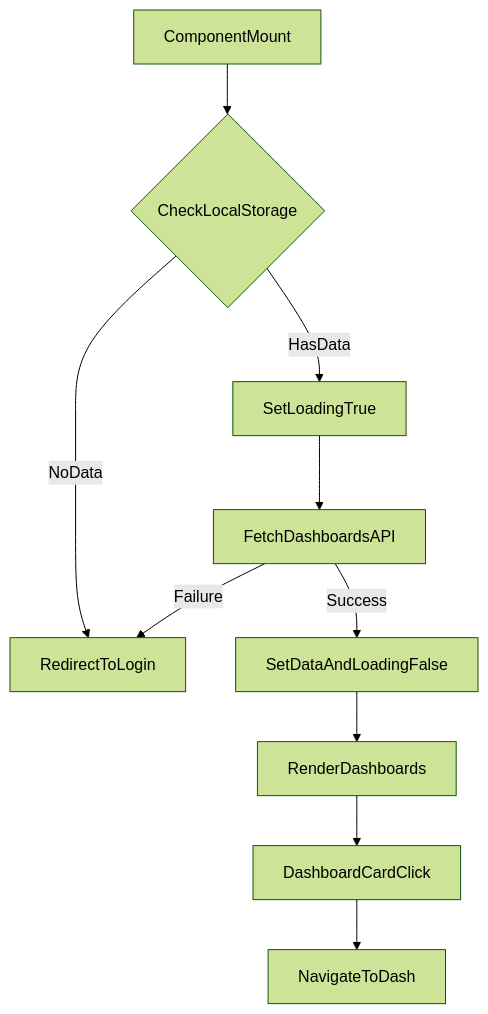
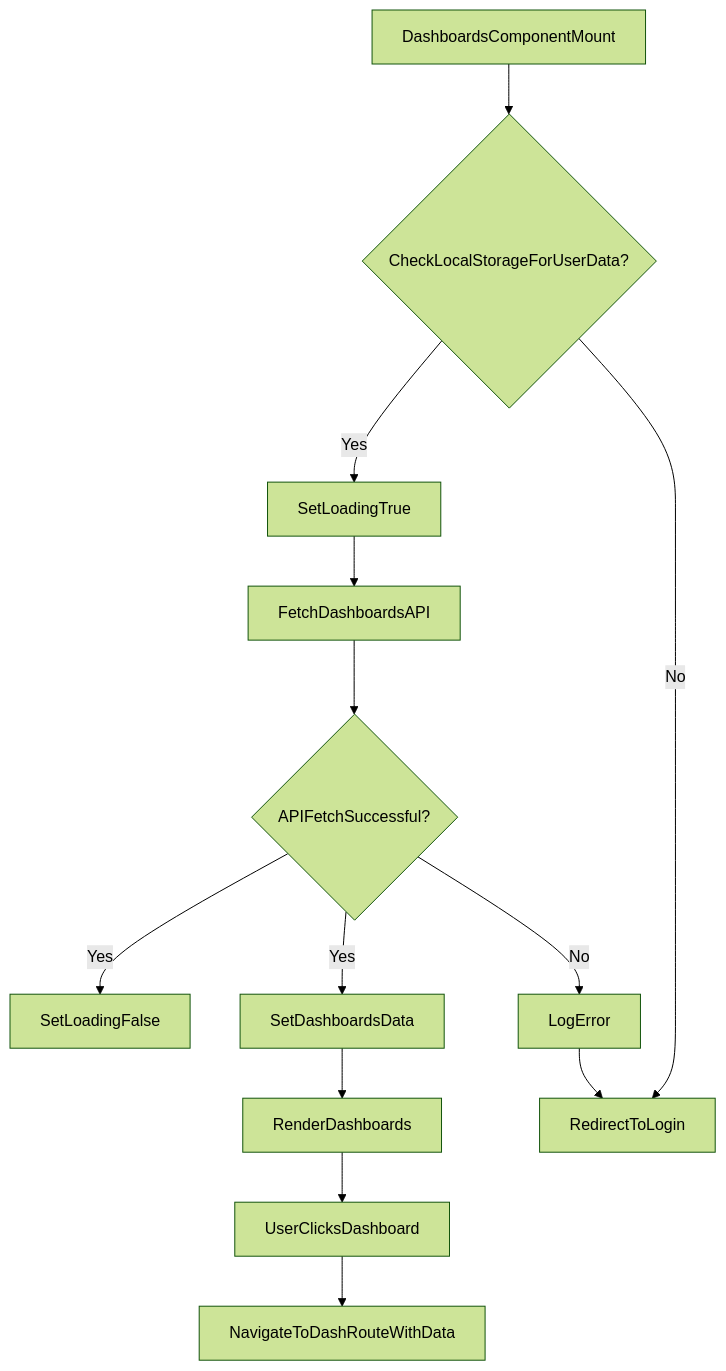
Before and after one commit to test-company-prowiz/maxify_frontend: the diagram in docs/src/Pages/Dashboards.jsx.md, drawn with Mermaid (forest theme). The commit also changed other lines of this file and 2 other files, not shown here.

````diff
--- a/docs/src/Pages/Dashboards.jsx.md
+++ b/docs/src/Pages/Dashboards.jsx.md
@@ -60,12 +70,15 @@
 ```mermaid
 graph TD
-A[ComponentMount] --> B{CheckLocalStorage}
-B -->|NoData| C[RedirectToLogin]
-B -->|HasData| D[SetLoadingTrue]
-D --> E[FetchDashboardsAPI]
-E -->|Success| F[SetDataAndLoadingFalse]
-E -->|Failure| C
-F --> G[RenderDashboards]
-G --> H[DashboardCardClick]
-H --> I[NavigateToDash]
+A[DashboardsComponentMount] --> B{CheckLocalStorageForUserData?};
+B -- Yes --> C[SetLoadingTrue];
+B -- No --> D[RedirectToLogin];
+C --> E[FetchDashboardsAPI];
+E --> F{APIFetchSuccessful?};
+F -- Yes --> G[SetLoadingFalse];
+F -- Yes --> H[SetDashboardsData];
+F -- No --> I[LogError];
+I --> D;
+H --> J[RenderDashboards];
+J --> K[UserClicksDashboard];
+K --> L[NavigateToDashRouteWithData];
 ```
````
